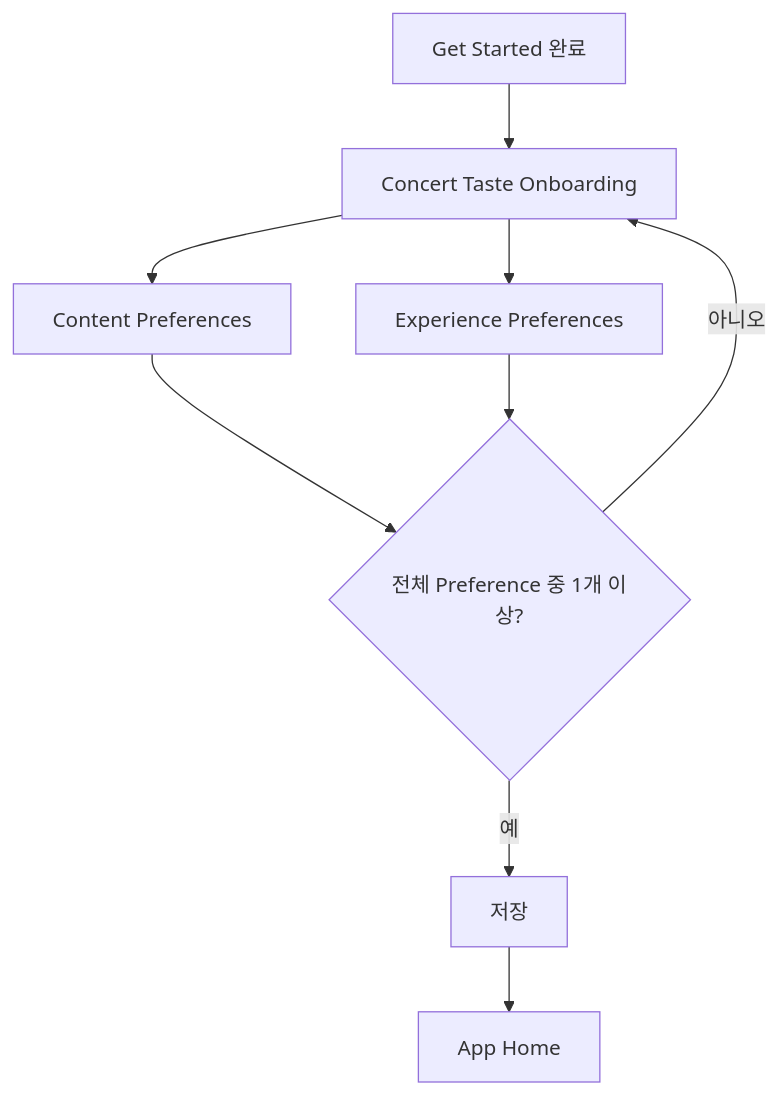
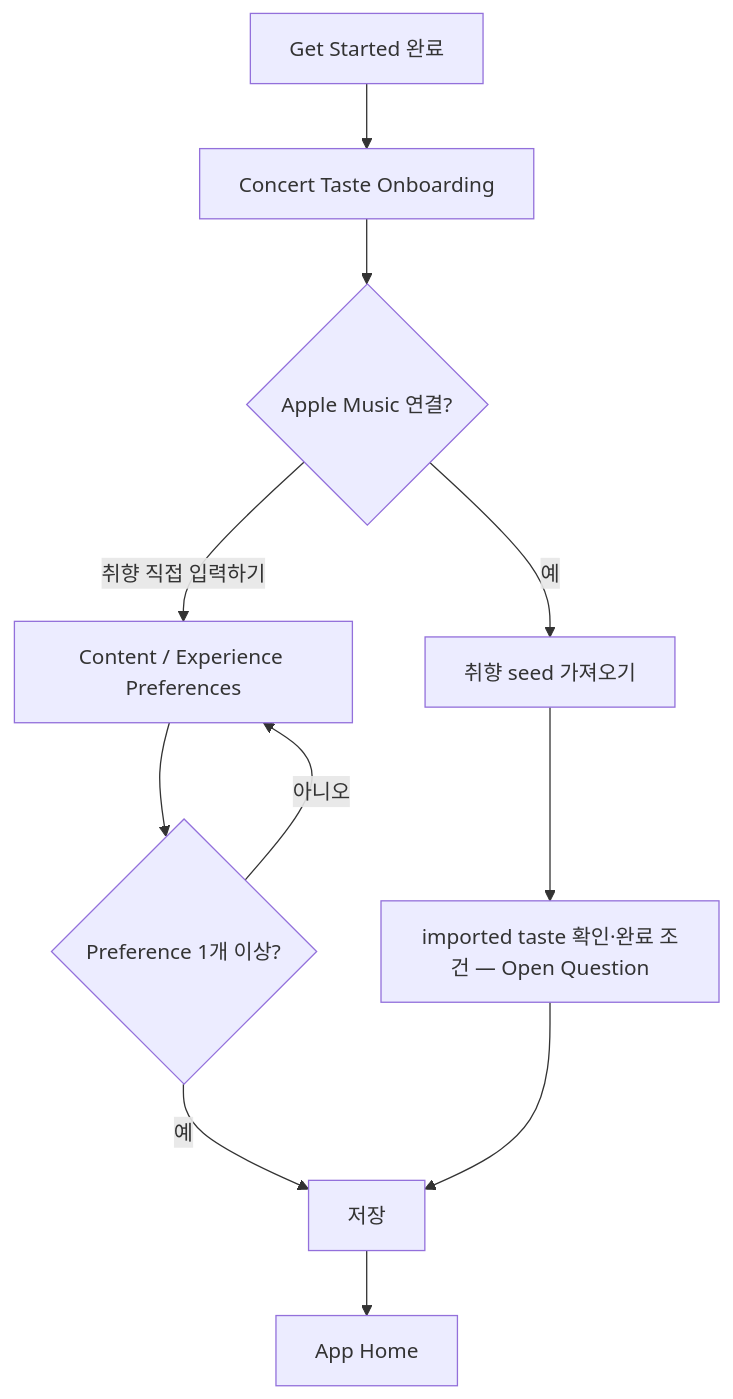
One commit to Skylar-Ahn/Resonance changed the third of 20 diagrams in docs/product/USER_FLOW.md. Above: the diagram before and after it, drawn with Mermaid. The commit also changed other lines of this file and 37 other files, not shown here.

Commit message:
Refine seat recommendations and performance review archiving flows

````diff
--- a/docs/product/USER_FLOW.md
+++ b/docs/product/USER_FLOW.md
@@ -129,11 +136,13 @@
 ```mermaid
 flowchart TD
     G["Get Started 완료"] --> T["Concert Taste Onboarding"]
-    T --> C["Content Preferences"]
-    T --> E["Experience Preferences"]
-    C --> V{"전체 Preference 중 1개 이상?"}
-    E --> V
-    V -->|"아니오"| T
+    T --> AM{"Apple Music 연결?"}
+    AM -->|"예"| IMP["취향 seed 가져오기"]
+    AM -->|"취향 직접 입력하기"| D["Content / Experience Preferences"]
+    D --> V{"Preference 1개 이상?"}
+    V -->|"아니오"| D
     V -->|"예"| S["저장"]
+    IMP --> AC["imported taste 확인·완료 조건 — Open Question"]
+    AC --> S
     S --> H["App Home"]
 ```
````
